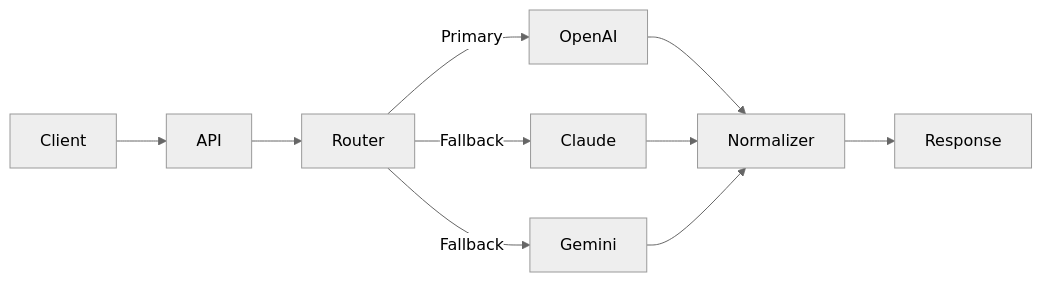
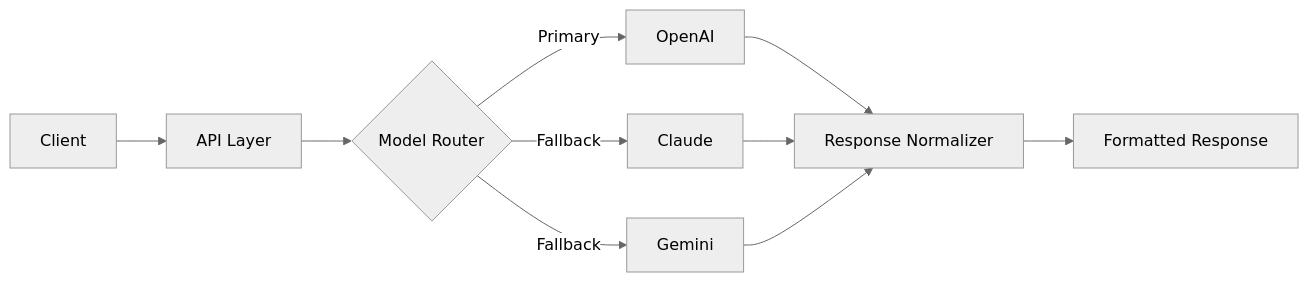
Before and after one commit to SamuelKunle/SamuelKunle: the diagram in README.md, drawn with Mermaid (neutral theme). The commit also changed other lines of this file, not shown here.

````diff
--- a/README.md
+++ b/README.md
@@ -15,12 +30,15 @@
 ```mermaid
 flowchart LR
-    Client --> API
-    API --> Router
-    Router -->|Primary| OpenAI
-    Router -->|Fallback| Claude
-    Router -->|Fallback| Gemini
-    OpenAI --> Normalizer
-    Claude --> Normalizer
-    Gemini --> Normalizer
-    Normalizer --> Response
+    A[Client] --> B[API Layer]
+    B --> C{Model Router}
+
+    C -->|Primary| D[OpenAI]
+    C -->|Fallback| E[Claude]
+    C -->|Fallback| F[Gemini]
+
+    D --> G[Response Normalizer]
+    E --> G
+    F --> G
+
+    G --> H[Formatted Response]
 ```
````
